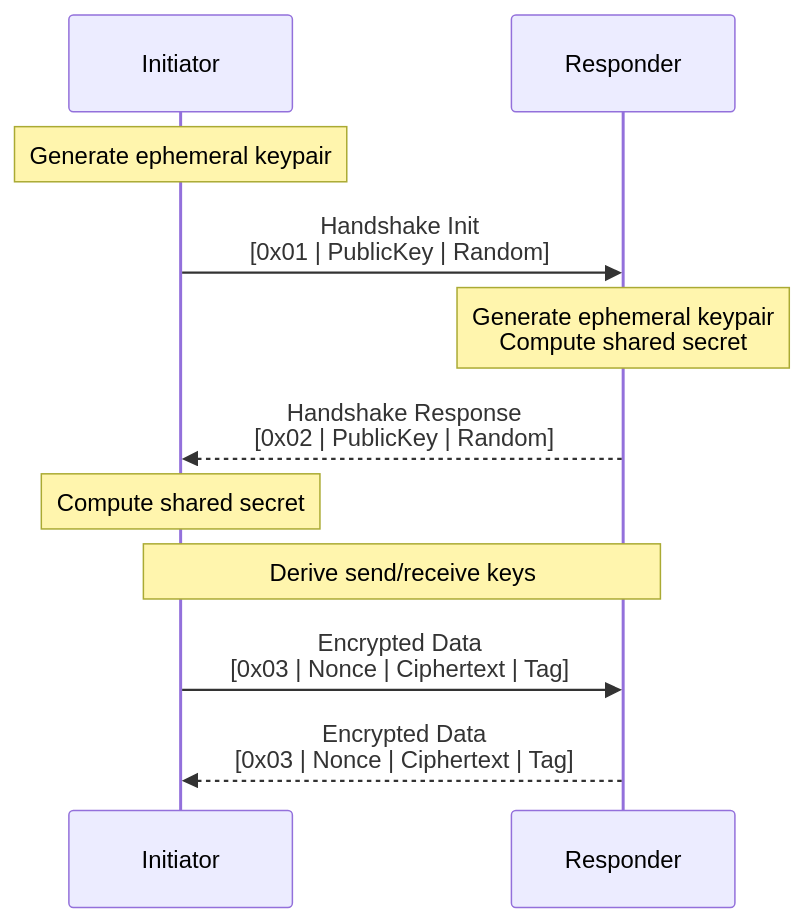
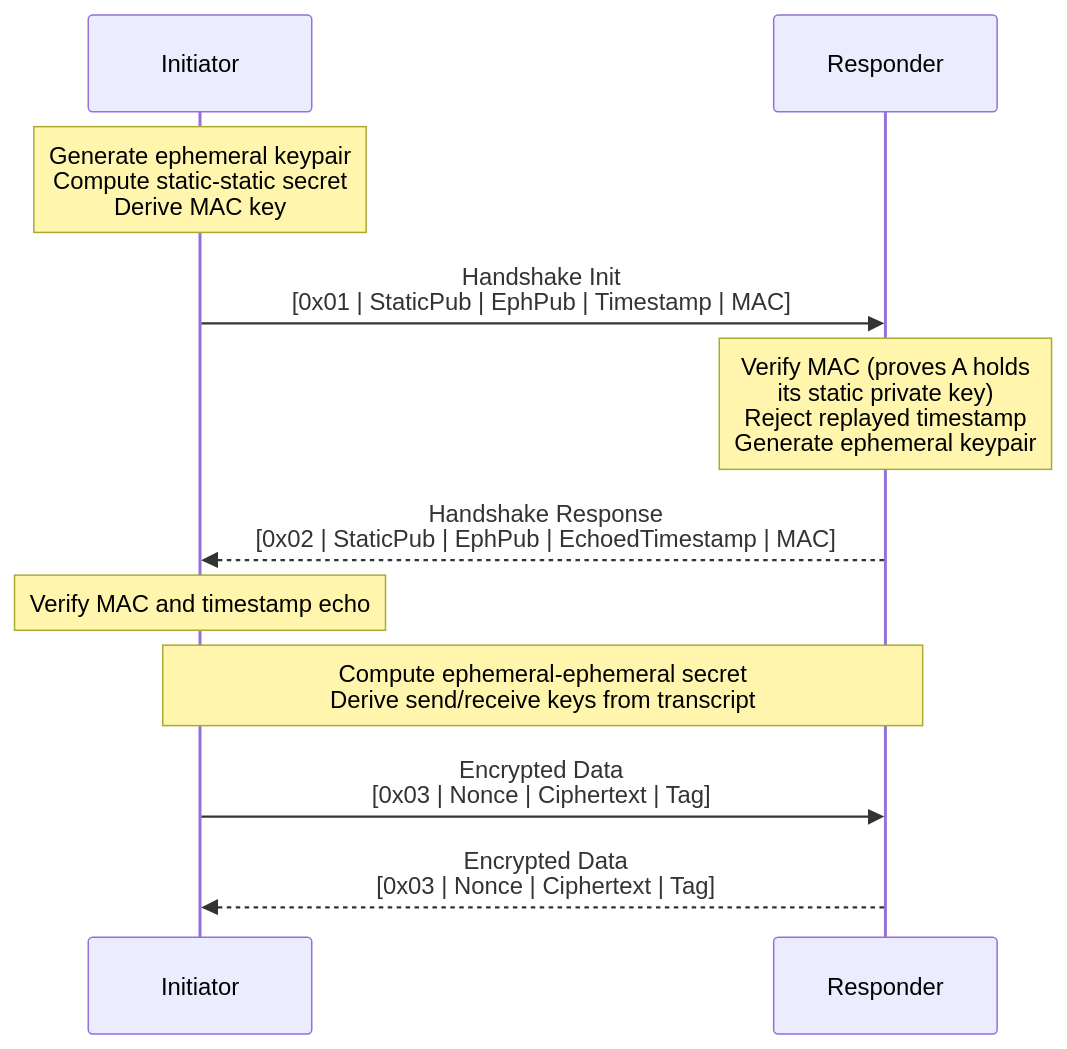
One commit to rennerdo30/bifrost-proxy changed the ninth of 10 diagrams in docs/src/content/docs/mesh-networking.mdx. Above: the diagram before and after it, drawn with Mermaid. The commit also changed other lines of this file and 12 other files, not shown here.

First line of the commit message:
fix(p2p): authenticate mesh handshakes, reject handshake replay, revoke departed peers (#279)

````diff
--- a/docs/src/content/docs/mesh-networking.mdx
+++ b/docs/src/content/docs/mesh-networking.mdx
@@ -484,17 +502,17 @@
 ```mermaid
 sequenceDiagram
     participant A as Initiator
     participant B as Responder
 
-    Note over A: Generate ephemeral keypair
-    A->>B: Handshake Init<br/>[0x01 | PublicKey | Random]
+    Note over A: Generate ephemeral keypair<br/>Compute static-static secret<br/>Derive MAC key
+    A->>B: Handshake Init<br/>[0x01 | StaticPub | EphPub | Timestamp | MAC]
 
-    Note over B: Generate ephemeral keypair<br/>Compute shared secret
-    B-->>A: Handshake Response<br/>[0x02 | PublicKey | Random]
+    Note over B: Verify MAC (proves A holds<br/>its static private key)<br/>Reject replayed timestamp<br/>Generate ephemeral keypair
+    B-->>A: Handshake Response<br/>[0x02 | StaticPub | EphPub | EchoedTimestamp | MAC]
 
-    Note over A: Compute shared secret
-    Note over A,B: Derive send/receive keys
+    Note over A: Verify MAC and timestamp echo
+    Note over A,B: Compute ephemeral-ephemeral secret<br/>Derive send/receive keys from transcript
 
     A->>B: Encrypted Data<br/>[0x03 | Nonce | Ciphertext | Tag]
     B-->>A: Encrypted Data<br/>[0x03 | Nonce | Ciphertext | Tag]
 ```
````
